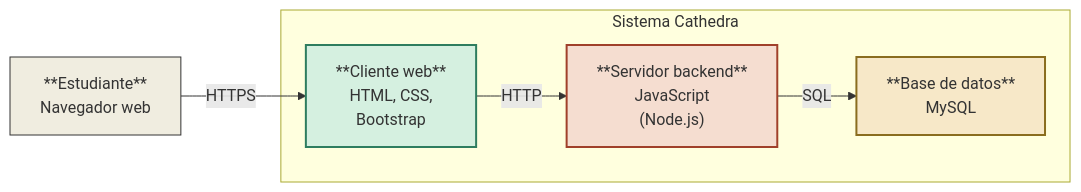
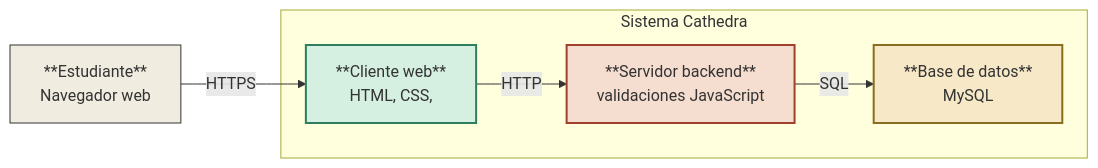
Before and after one commit to davidmalaver98/cathedra-no-bd: the second of 2 diagrams in README.md, drawn with Mermaid.

````diff
--- a/README.md
+++ b/README.md
@@ -19,20 +19,20 @@
 ```mermaid
 graph LR
     Estudiante["**Estudiante**<br/>Navegador web"]
 
     subgraph Cathedra["Sistema Cathedra"]
-        Cliente["**Cliente web**<br/>HTML, CSS,<br/>Bootstrap"]
-        Backend["**Servidor backend**<br/>JavaScript<br/>(Node.js)"]
+        Cliente["**Cliente web**<br/>HTML, CSS,<br/>"]
+        Backend["**Servidor backend**<br/>validaciones JavaScript<br/>"]
         DB["**Base de datos**<br/>MySQL"]
 
         Cliente -->|HTTP| Backend
         Backend -->|SQL| DB
     end
 
     Estudiante -->|HTTPS| Cliente
 
     style Estudiante fill:#f0ede0,stroke:#333,stroke-width:1px
     style Cliente fill:#d5f0e0,stroke:#2e7d5f,stroke-width:2px
     style Backend fill:#f5ddd0,stroke:#a0402a,stroke-width:2px
     style DB fill:#f7e8c8,stroke:#8a6d1f,stroke-width:2px
 ```
````
